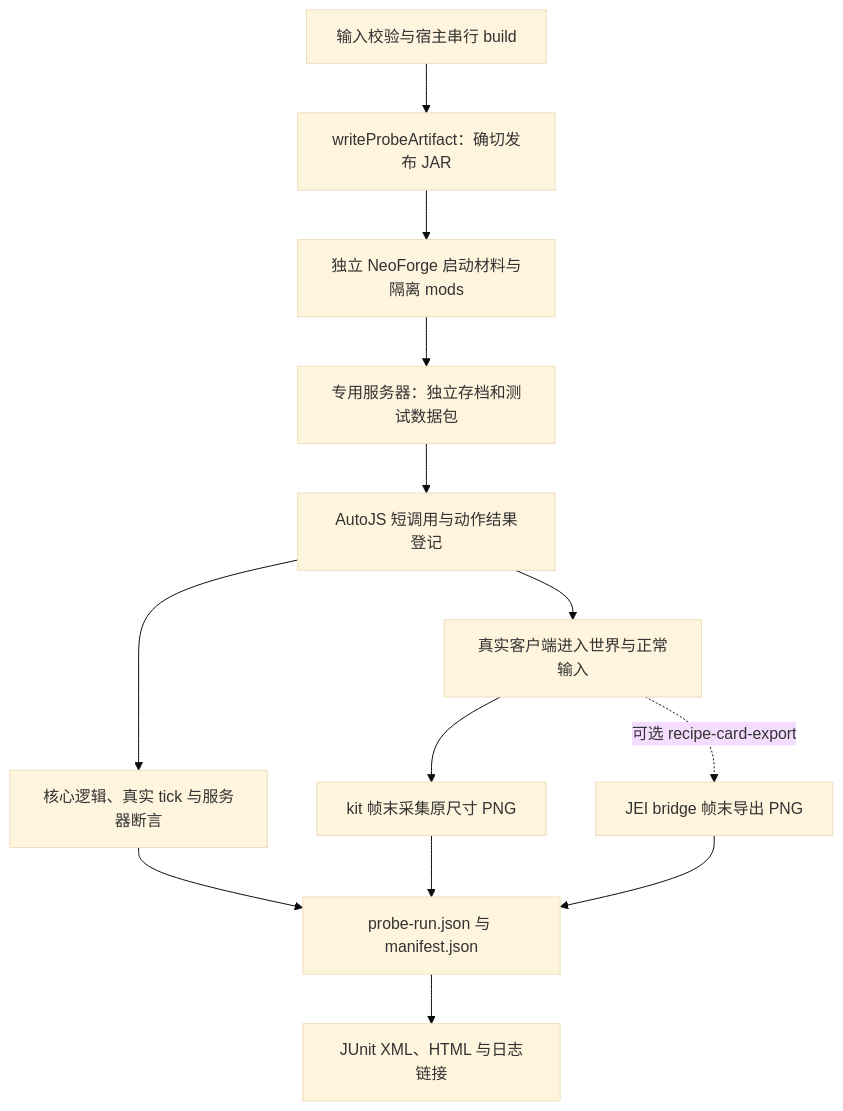
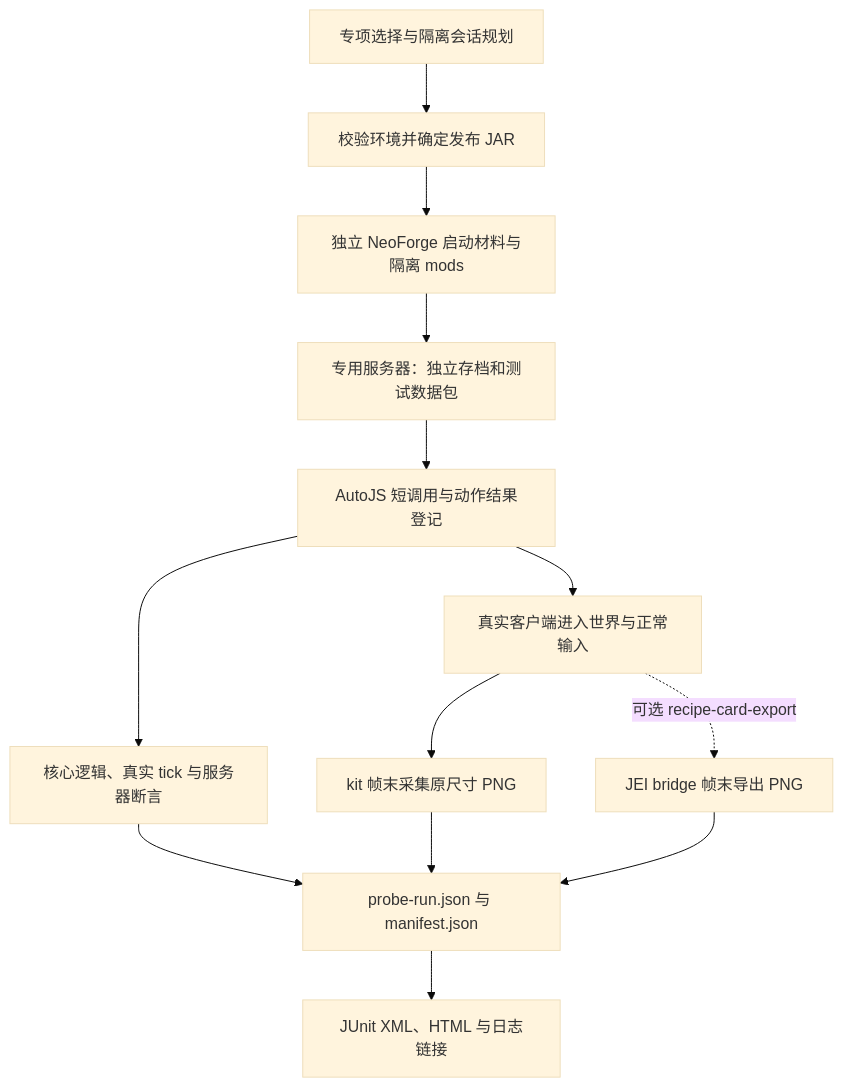
Before and after one commit to meteoritel/unsuspicious-block: the diagram in tools/probes/README.md, drawn with Mermaid (base theme). The commit also changed other lines of this file and 22 other files, not shown here.

````diff
--- a/tools/probes/README.md
+++ b/tools/probes/README.md
@@ -38,15 +40,15 @@
 ```mermaid
 flowchart TD
-    Gate["输入校验与宿主串行 build"] --> Artifact["writeProbeArtifact：确切发布 JAR"]
+    Gate["专项选择与隔离会话规划"] --> Artifact["校验环境并确定发布 JAR"]
     Artifact --> Stage["独立 NeoForge 启动材料与隔离 mods"]
     Stage --> Server["专用服务器：独立存档和测试数据包"]
     Server --> Control["AutoJS 短调用与动作结果登记"]
     Control --> Assert["核心逻辑、真实 tick 与服务器断言"]
     Control --> Client["真实客户端进入世界与正常输入"]
     Client --> PNG["kit 帧末采集原尺寸 PNG"]
     Client -. "可选 recipe-card-export" .-> Cards["JEI bridge 帧末导出 PNG"]
     Assert --> Record["probe-run.json 与 manifest.json"]
     PNG --> Record
     Cards --> Record
     Record --> Report["JUnit XML、HTML 与日志链接"]
 ```
````
